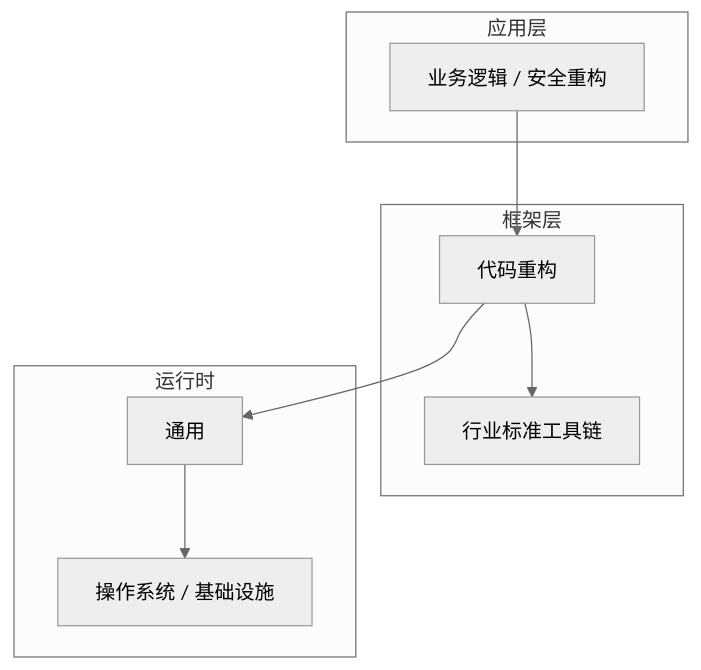
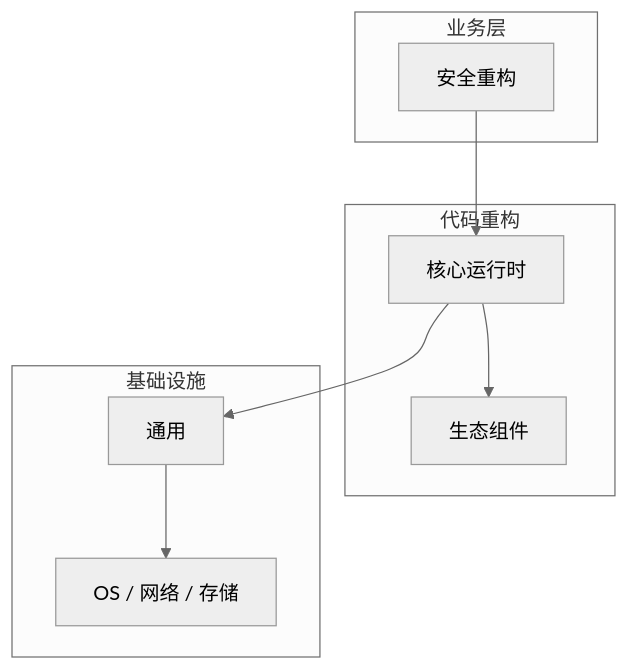
One commit to yanggan2015/knowledge-json-v2 changed the diagram in articles/代码重构/chapters/066-安全重构核心概念与原理.md. Above: the diagram before and after it, drawn with Mermaid (neutral theme). The commit also changed other lines of this file and 10127 other files, not shown here.

````diff
--- a/articles/代码重构/chapters/066-安全重构核心概念与原理.md
+++ b/articles/代码重构/chapters/066-安全重构核心概念与原理.md
@@ -45,18 +34,18 @@
 ```mermaid
 graph TB
-    subgraph 应用层
-        A[业务逻辑 / 安全重构]
+    subgraph 业务层
+        A[安全重构]
     end
-    subgraph 框架层
-        B[代码重构]
-        C[行业标准工具链]
+    subgraph 代码重构
+        B[核心运行时]
+        C[生态组件]
     end
-    subgraph 运行时
+    subgraph 基础设施
         D[通用]
-        E[操作系统 / 基础设施]
+        E[OS / 网络 / 存储]
     end
     A --> B
     B --> C
     B --> D
     D --> E
 ```
````
